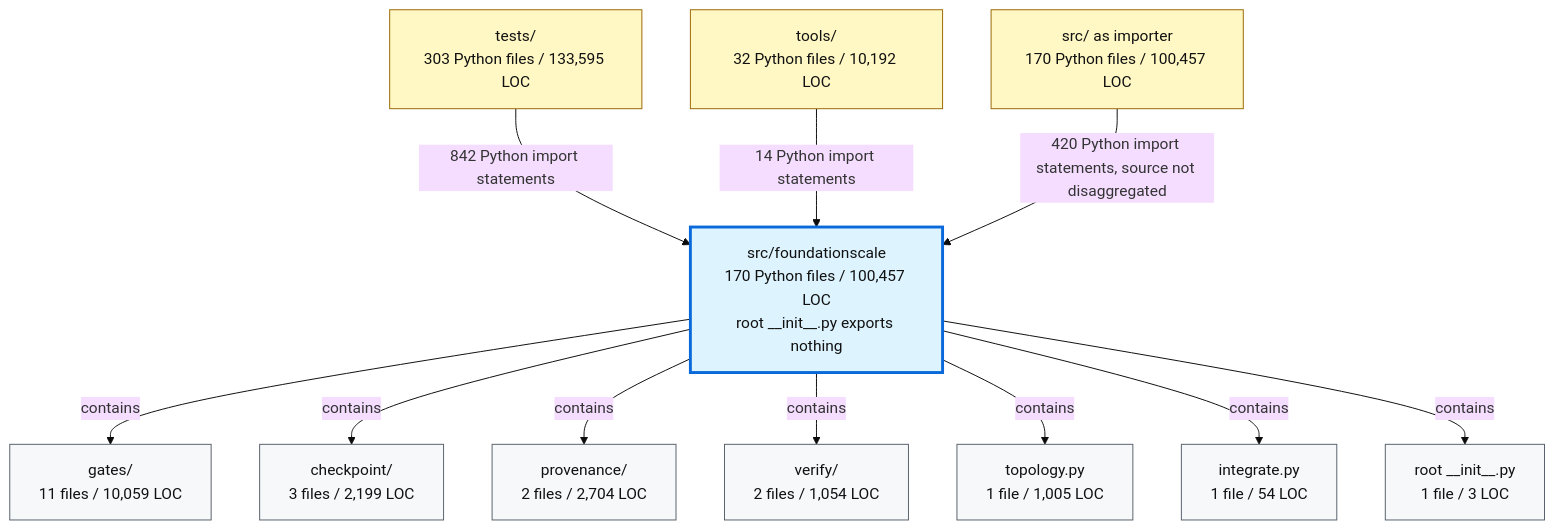
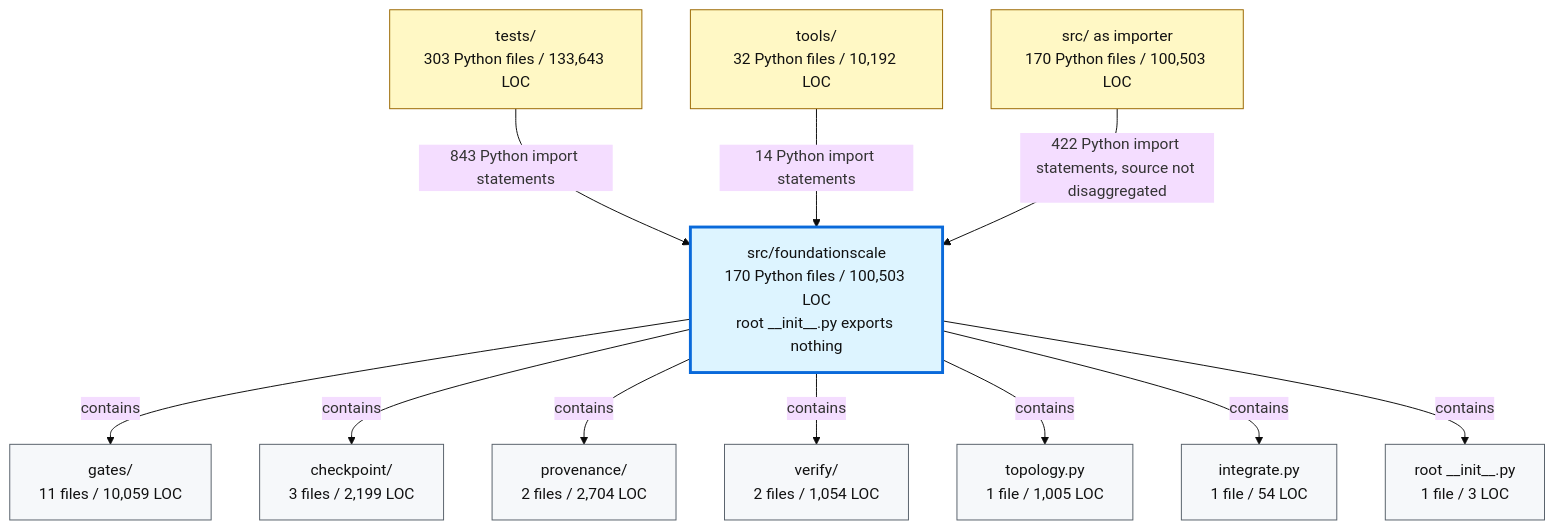
Before and after one commit to TranNhiem/FoundationScale: the second of 2 diagrams in docs/review/D2_current_architecture.md, drawn with Mermaid (base theme). The commit also changed other lines of this file and 10 other files, not shown here.

````diff
--- a/docs/review/D2_current_architecture.md
+++ b/docs/review/D2_current_architecture.md
@@ -97,36 +97,36 @@
 ```mermaid
 flowchart TB
-  TESTS["tests/<br/>303 Python files / 133,595 LOC"]
+  TESTS["tests/<br/>303 Python files / 133,643 LOC"]
   TOOLS["tools/<br/>32 Python files / 10,192 LOC"]
-  SRC["src/ as importer<br/>170 Python files / 100,457 LOC"]
+  SRC["src/ as importer<br/>170 Python files / 100,503 LOC"]
 
-  FS["src/foundationscale<br/>170 Python files / 100,457 LOC<br/>root __init__.py exports nothing"]
+  FS["src/foundationscale<br/>170 Python files / 100,503 LOC<br/>root __init__.py exports nothing"]
 
   GATES["gates/<br/>11 files / 10,059 LOC"]
   CKPT["checkpoint/<br/>3 files / 2,199 LOC"]
   PROV["provenance/<br/>2 files / 2,704 LOC"]
   VERIFY["verify/<br/>2 files / 1,054 LOC"]
   TOPO["topology.py<br/>1 file / 1,005 LOC"]
   INTEG["integrate.py<br/>1 file / 54 LOC"]
   ROOT["root __init__.py<br/>1 file / 3 LOC"]
 
-  TESTS -->|"842 Python import statements"| FS
+  TESTS -->|"843 Python import statements"| FS
   TOOLS -->|"14 Python import statements"| FS
-  SRC -->|"420 Python import statements, source not disaggregated"| FS
+  SRC -->|"422 Python import statements, source not disaggregated"| FS
 
   FS -->|"contains"| GATES
   FS -->|"contains"| CKPT
   FS -->|"contains"| PROV
   FS -->|"contains"| VERIFY
   FS -->|"contains"| TOPO
   FS -->|"contains"| INTEG
   FS -->|"contains"| ROOT
 
   classDef consumer fill:#fff8c5,stroke:#9a6700,color:#111;
   classDef package fill:#ddf4ff,stroke:#0969da,stroke-width:3px,color:#111;
   classDef module fill:#f6f8fa,stroke:#57606a,color:#111;
 
   class TESTS,TOOLS,SRC consumer;
   class FS package;
   class GATES,CKPT,PROV,VERIFY,TOPO,INTEG,ROOT module;
 ```
````
